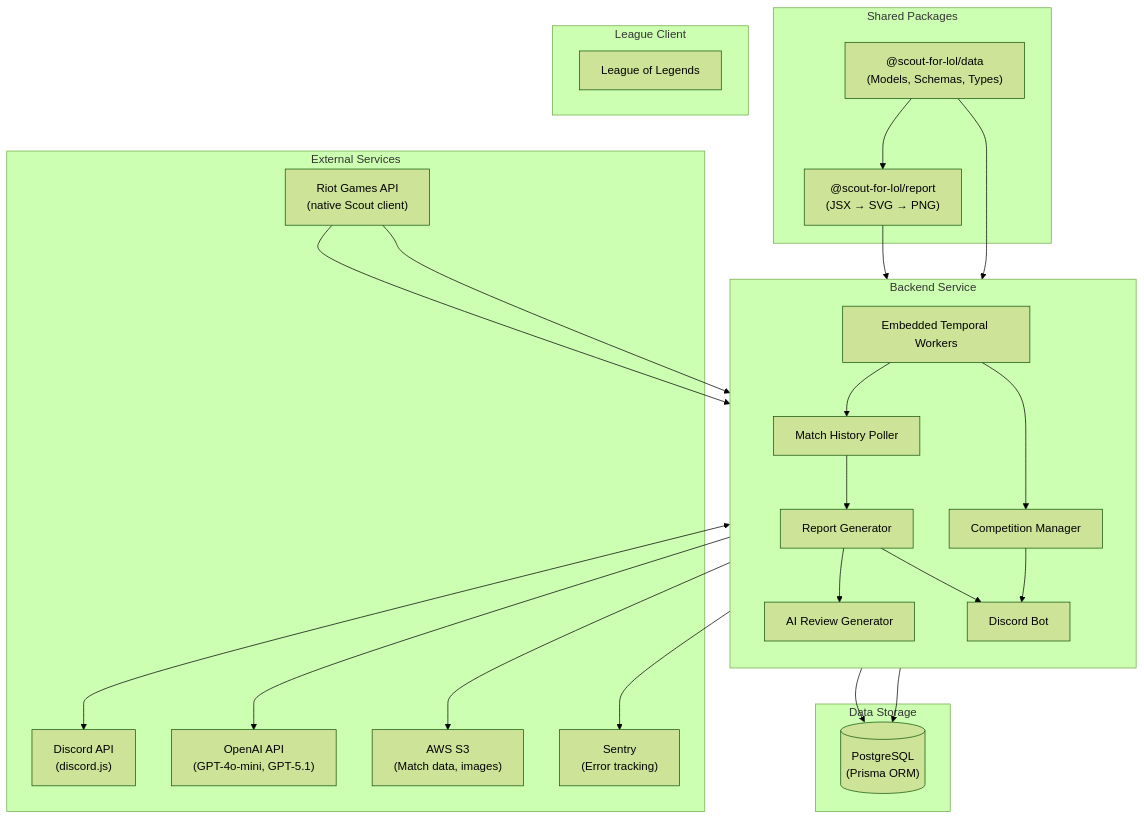
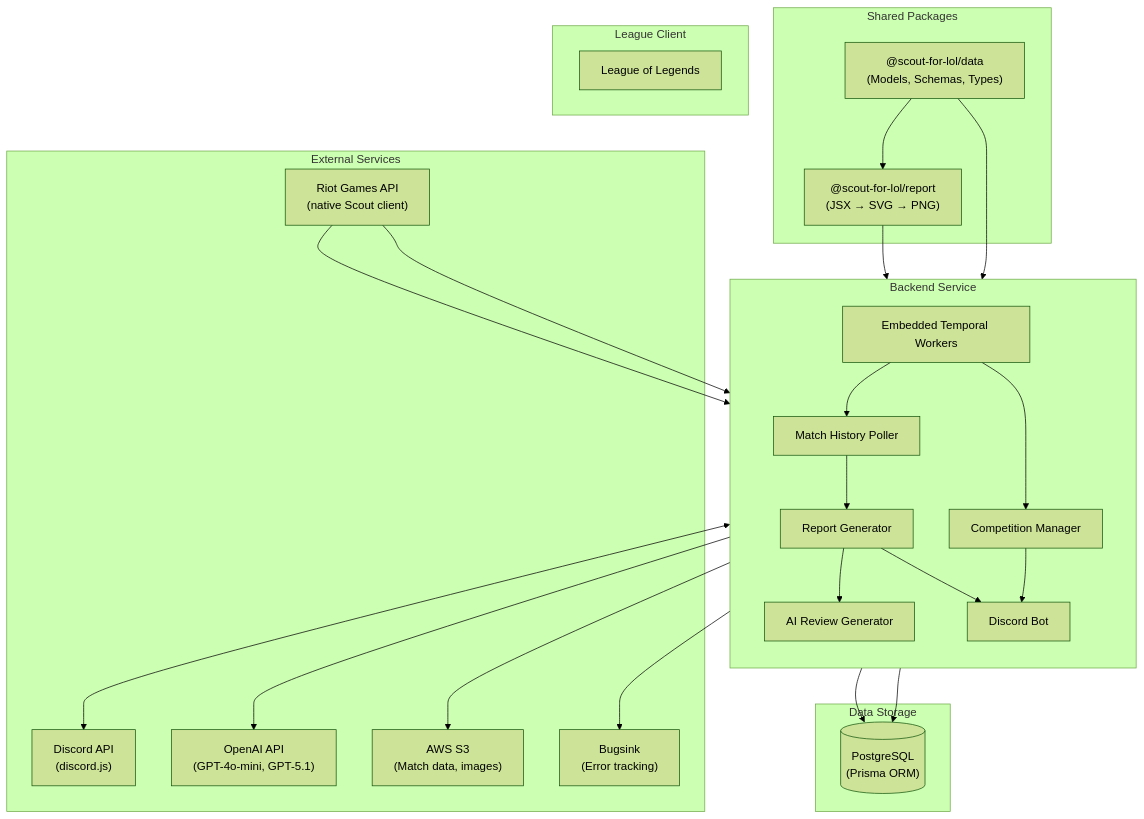
The first of 8 diagrams in packages/scout-for-lol/docs/architecture.md (shepherdjerred/monorepo), drawn with Mermaid (forest theme) before and after one commit. The commit also changed other lines of this file and 415 other files, not shown here.

````diff
--- a/packages/scout-for-lol/docs/architecture.md
+++ b/packages/scout-for-lol/docs/architecture.md
@@ -7,56 +7,56 @@
 ```mermaid
 flowchart TB
     subgraph External["External Services"]
         RIOT["Riot Games API<br/>(native Scout client)"]
         DISCORD_API["Discord API<br/>(discord.js)"]
         OPENAI["OpenAI API<br/>(GPT-4o-mini, GPT-5.1)"]
         S3["AWS S3<br/>(Match data, images)"]
-        SENTRY["Sentry<br/>(Error tracking)"]
+        BUGSINK["Bugsink<br/>(Error tracking)"]
     end
 
     subgraph Backend["Backend Service"]
         direction TB
         BOT["Discord Bot"]
         TEMPORAL["Embedded Temporal Workers"]
         MATCH_POLLER["Match History Poller"]
         REPORT_GEN["Report Generator"]
         AI_REVIEW["AI Review Generator"]
         COMPETITION["Competition Manager"]
     end
 
     subgraph SharedPkg["Shared Packages"]
         DATA["@scout-for-lol/data<br/>(Models, Schemas, Types)"]
         REPORT["@scout-for-lol/report<br/>(JSX → SVG → PNG)"]
     end
 
     subgraph Storage["Data Storage"]
         DB[("PostgreSQL<br/>(Prisma ORM)")]
     end
 
     subgraph LOL["League Client"]
         LEAGUE_CLIENT["League of Legends"]
     end
 
     %% External connections
     RIOT --> MATCH_POLLER
     RIOT --> COMPETITION
     BOT <--> DISCORD_API
     AI_REVIEW --> OPENAI
     REPORT_GEN --> S3
-    Backend --> SENTRY
+    Backend --> BUGSINK
 
     %% Internal backend connections
     TEMPORAL --> MATCH_POLLER
     TEMPORAL --> COMPETITION
     MATCH_POLLER --> REPORT_GEN
     REPORT_GEN --> AI_REVIEW
     REPORT_GEN --> BOT
     BOT --> DB
     COMPETITION --> DB
     COMPETITION --> BOT
 
     %% Package dependencies
     DATA --> Backend
     REPORT --> REPORT_GEN
     DATA --> REPORT
 ```
````
